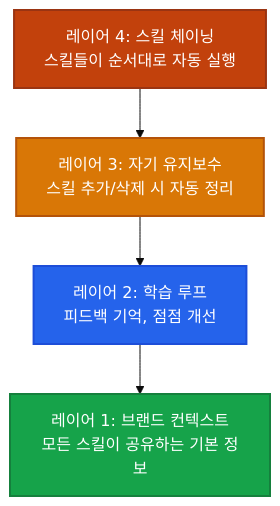
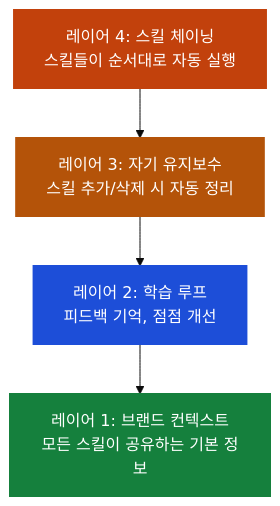
Before and after one commit to udawon/udawon-how-to-claude: the diagram in content/youtube-update/agentic-os-skills-system.md, drawn with Mermaid (base theme). The commit also changed other lines of this file and 23 other files, not shown here.

````diff
--- a/content/youtube-update/agentic-os-skills-system.md
+++ b/content/youtube-update/agentic-os-skills-system.md
@@ -205,14 +205,14 @@
 ```mermaid
 graph TB
     L4["레이어 4: 스킬 체이닝<br/>스킬들이 순서대로 자동 실행"]
     L3["레이어 3: 자기 유지보수<br/>스킬 추가/삭제 시 자동 정리"]
     L2["레이어 2: 학습 루프<br/>피드백 기억, 점점 개선"]
     L1["레이어 1: 브랜드 컨텍스트<br/>모든 스킬이 공유하는 기본 정보"]
 
     L4 --> L3 --> L2 --> L1
 
-    style L4 fill:#c2410c,color:#fff,stroke:#9a3412,stroke-width:2px
-    style L3 fill:#d97706,color:#fff,stroke:#b45309,stroke-width:2px
-    style L2 fill:#2563eb,color:#fff,stroke:#1d4ed8,stroke-width:2px
-    style L1 fill:#16a34a,color:#fff,stroke:#15803d,stroke-width:2px
+    style L4 fill:#c2410c,color:#fff,stroke:#c2410c,stroke-width:2px
+    style L3 fill:#b45309,color:#fff,stroke:#b45309,stroke-width:2px
+    style L2 fill:#1d4ed8,color:#fff,stroke:#1d4ed8,stroke-width:2px
+    style L1 fill:#15803d,color:#fff,stroke:#15803d,stroke-width:2px
 ```
````
